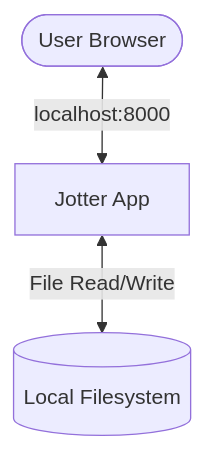
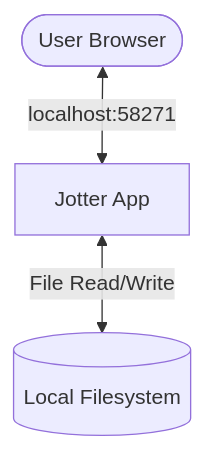
One commit to simon123h/Jotter changed the first of 4 diagrams in docs/developer/architecture.md. Above: the diagram before and after it, drawn with Mermaid. The commit also changed 6 other files, not shown here.

````diff
--- a/docs/developer/architecture.md
+++ b/docs/developer/architecture.md
@@ -35,5 +35,5 @@
 ```mermaid
 flowchart TD
-    User([User Browser]) <-->|localhost:8000| Jotter[Jotter App]
+    User([User Browser]) <-->|localhost:58271| Jotter[Jotter App]
     Jotter <-->|File Read/Write| FS[(Local Filesystem)]
 ```
````
